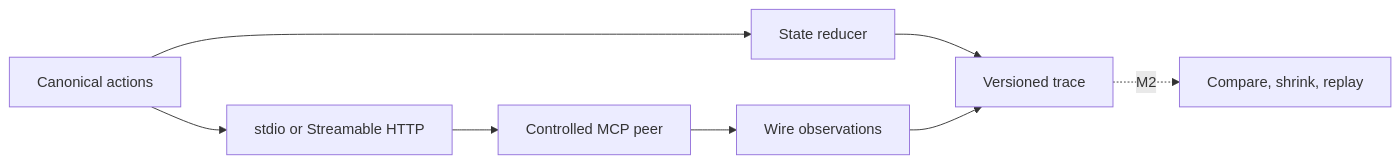
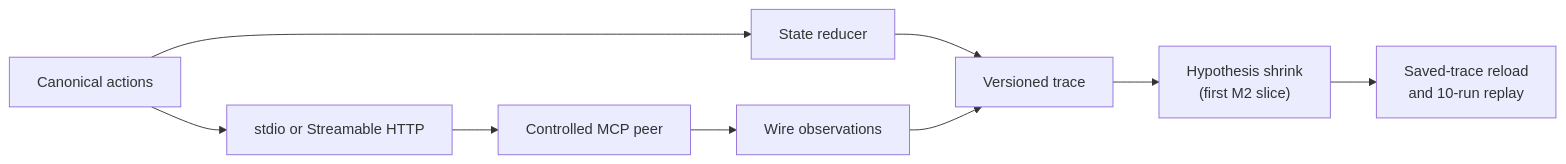
The diagram in README.md (lxingy3/mcp-statecheck), drawn with Mermaid before and after one commit. The commit also changed other lines of this file and 1 other file, not shown here.

Commit message:
docs: record the first M2 vertical slice

````diff
--- a/README.md
+++ b/README.md
@@ -29,10 +31,11 @@
 ```mermaid
 flowchart LR
     A["Canonical actions"] --> B["State reducer"]
     A --> C["stdio or Streamable HTTP"]
     C --> D["Controlled MCP peer"]
     D --> E["Wire observations"]
     B --> F["Versioned trace"]
     E --> F
-    F -. "M2" .-> G["Compare, shrink, replay"]
+    F --> G["Hypothesis shrink<br/>(first M2 slice)"]
+    G --> H["Saved-trace reload<br/>and 10-run replay"]
 ```
````
